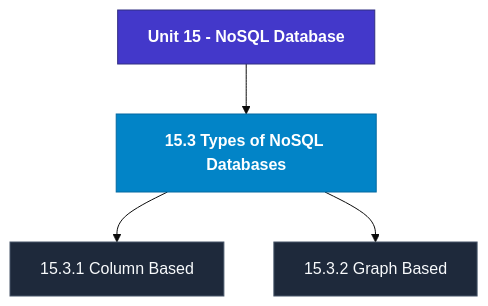
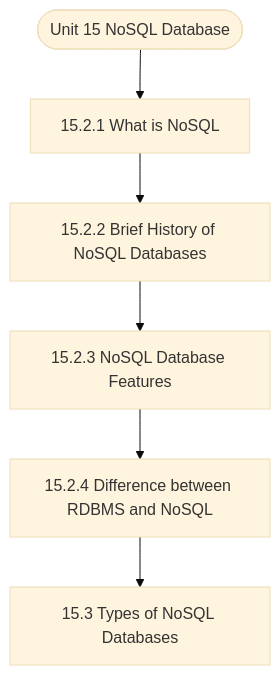
One commit to Asutosh-Coaching/mscdsa changed the diagram in notes/Semester_1/MCS-207_Database_Management_Systems/unit_15_NoSQL_Database.md. Above: the diagram before and after it, drawn with Mermaid (base theme). The commit also changed other lines of this file and 115 other files, not shown here.

Commit message:
Fix Mermaid layout for mobile, isolate LaTeX delimiters, and add GitHub Pages reader

````diff
--- a/notes/Semester_1/MCS-207_Database_Management_Systems/unit_15_NoSQL_Database.md
+++ b/notes/Semester_1/MCS-207_Database_Management_Systems/unit_15_NoSQL_Database.md
@@ -19,15 +19,14 @@
 ```mermaid
 flowchart TD
-  %% Styling Definitions
-  classDef head fill:#4338ca,stroke:#312e81,color:#ffffff,font-weight:bold;
-  classDef topic fill:#0284c7,stroke:#0369a1,color:#ffffff,font-weight:600;
-  classDef sub fill:#1e293b,stroke:#475569,color:#f8fafc;
-
-  Root["Unit 15 - NoSQL Database"]:::head
-  M1["15.3 Types of NoSQL Databases"]:::topic
-  Root --> M1
-  M1_1["15.3.1 Column Based"]:::sub
-  M1 --> M1_1
-  M1_2["15.3.2 Graph Based"]:::sub
-  M1 --> M1_2
+  Start(["Unit 15 NoSQL Database"])
+  N1["15.2.1 What is NoSQL"]
+  N2["15.2.2 Brief History of NoSQL Databases"]
+  N3["15.2.3 NoSQL Database Features"]
+  N4["15.2.4 Difference between RDBMS and NoSQL"]
+  N5["15.3 Types of NoSQL Databases"]
+  Start --> N1
+  N1 --> N2
+  N2 --> N3
+  N3 --> N4
+  N4 --> N5
 ```
````
